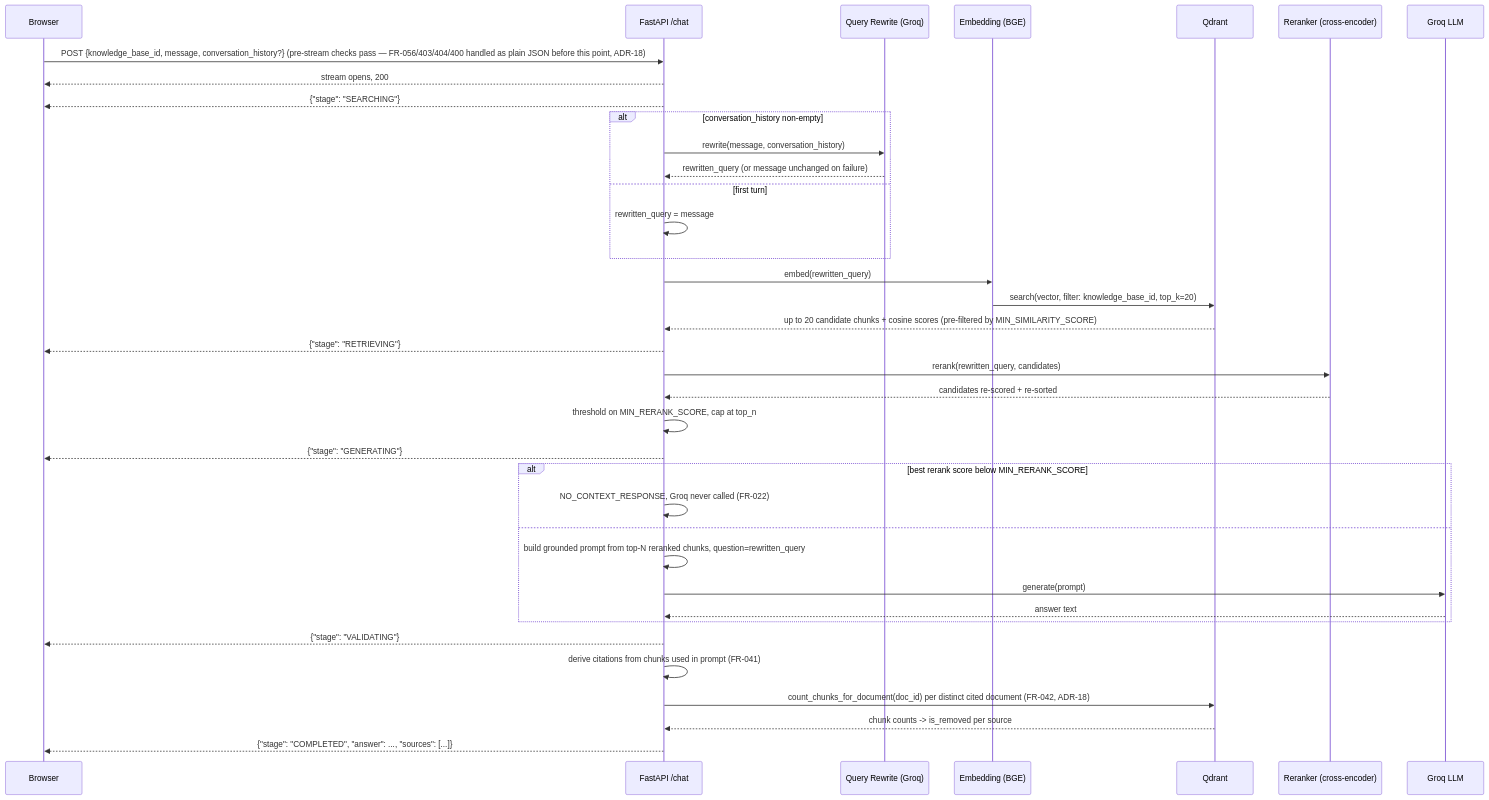
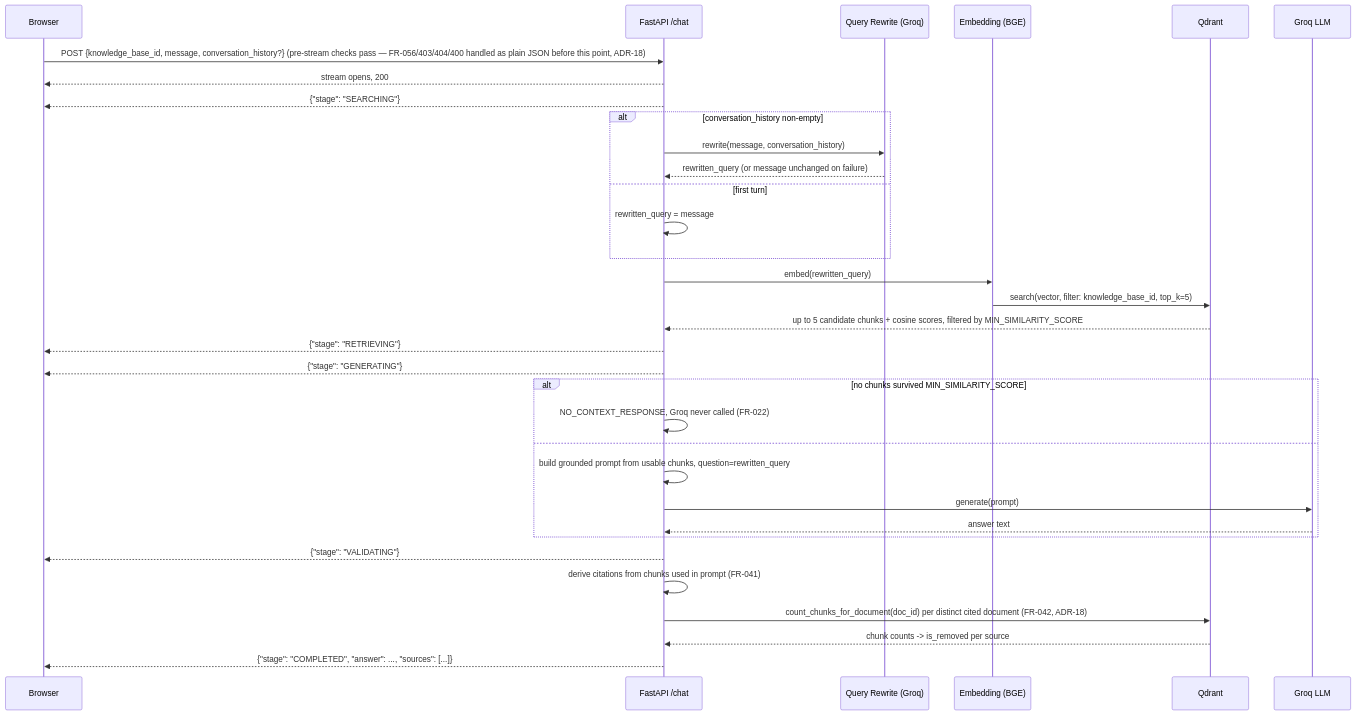
Before and after one commit to ameyg23/RAG_Project: the third of 4 diagrams in ARCHITECTURE.md, drawn with Mermaid. The commit also changed other lines of this file and 11 other files, not shown here.

````diff
--- a/ARCHITECTURE.md
+++ b/ARCHITECTURE.md
@@ -141,40 +143,36 @@
 ```mermaid
 sequenceDiagram
     participant U as Browser
     participant A as FastAPI /chat
     participant R as Query Rewrite (Groq)
     participant M as Embedding (BGE)
     participant Q as Qdrant
-    participant X as Reranker (cross-encoder)
     participant L as Groq LLM
 
     U->>A: POST {knowledge_base_id, message, conversation_history?} (pre-stream checks pass — FR-056/403/404/400 handled as plain JSON before this point, ADR-18)
     A-->>U: stream opens, 200
     A-->>U: {"stage": "SEARCHING"}
     alt conversation_history non-empty
         A->>R: rewrite(message, conversation_history)
         R-->>A: rewritten_query (or message unchanged on failure)
     else first turn
         A->>A: rewritten_query = message
     end
     A->>M: embed(rewritten_query)
-    M->>Q: search(vector, filter: knowledge_base_id, top_k=20)
-    Q-->>A: up to 20 candidate chunks + cosine scores (pre-filtered by MIN_SIMILARITY_SCORE)
+    M->>Q: search(vector, filter: knowledge_base_id, top_k=5)
+    Q-->>A: up to 5 candidate chunks + cosine scores, filtered by MIN_SIMILARITY_SCORE
     A-->>U: {"stage": "RETRIEVING"}
-    A->>X: rerank(rewritten_query, candidates)
-    X-->>A: candidates re-scored + re-sorted
-    A->>A: threshold on MIN_RERANK_SCORE, cap at top_n
     A-->>U: {"stage": "GENERATING"}
-    alt best rerank score below MIN_RERANK_SCORE
+    alt no chunks survived MIN_SIMILARITY_SCORE
         A->>A: NO_CONTEXT_RESPONSE, Groq never called (FR-022)
     else
-        A->>A: build grounded prompt from top-N reranked chunks, question=rewritten_query
+        A->>A: build grounded prompt from usable chunks, question=rewritten_query
         A->>L: generate(prompt)
         L-->>A: answer text
     end
     A-->>U: {"stage": "VALIDATING"}
     A->>A: derive citations from chunks used in prompt (FR-041)
     A->>Q: count_chunks_for_document(doc_id) per distinct cited document (FR-042, ADR-18)
     Q-->>A: chunk counts -> is_removed per source
     A-->>U: {"stage": "COMPLETED", "answer": ..., "sources": [...]}
 ```
````
